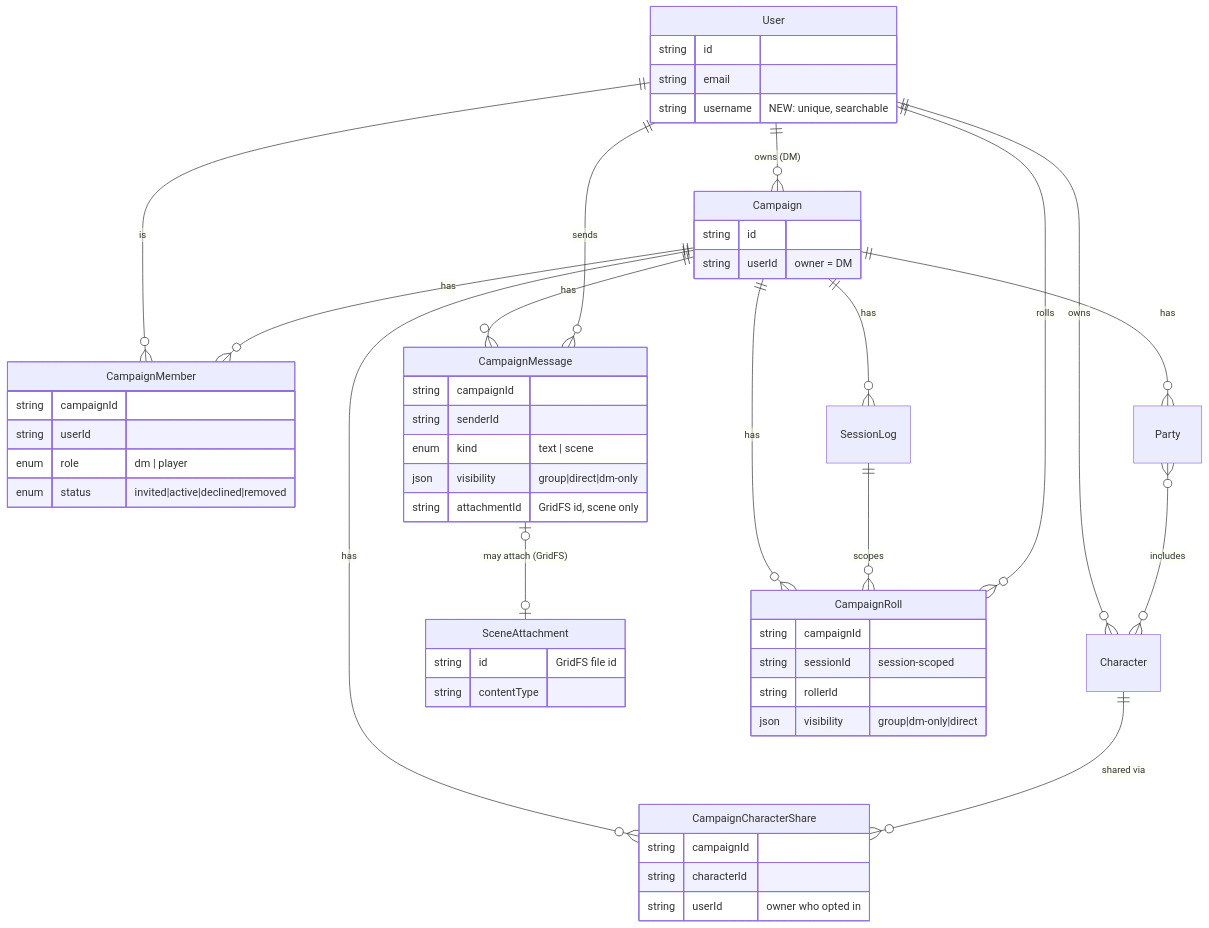
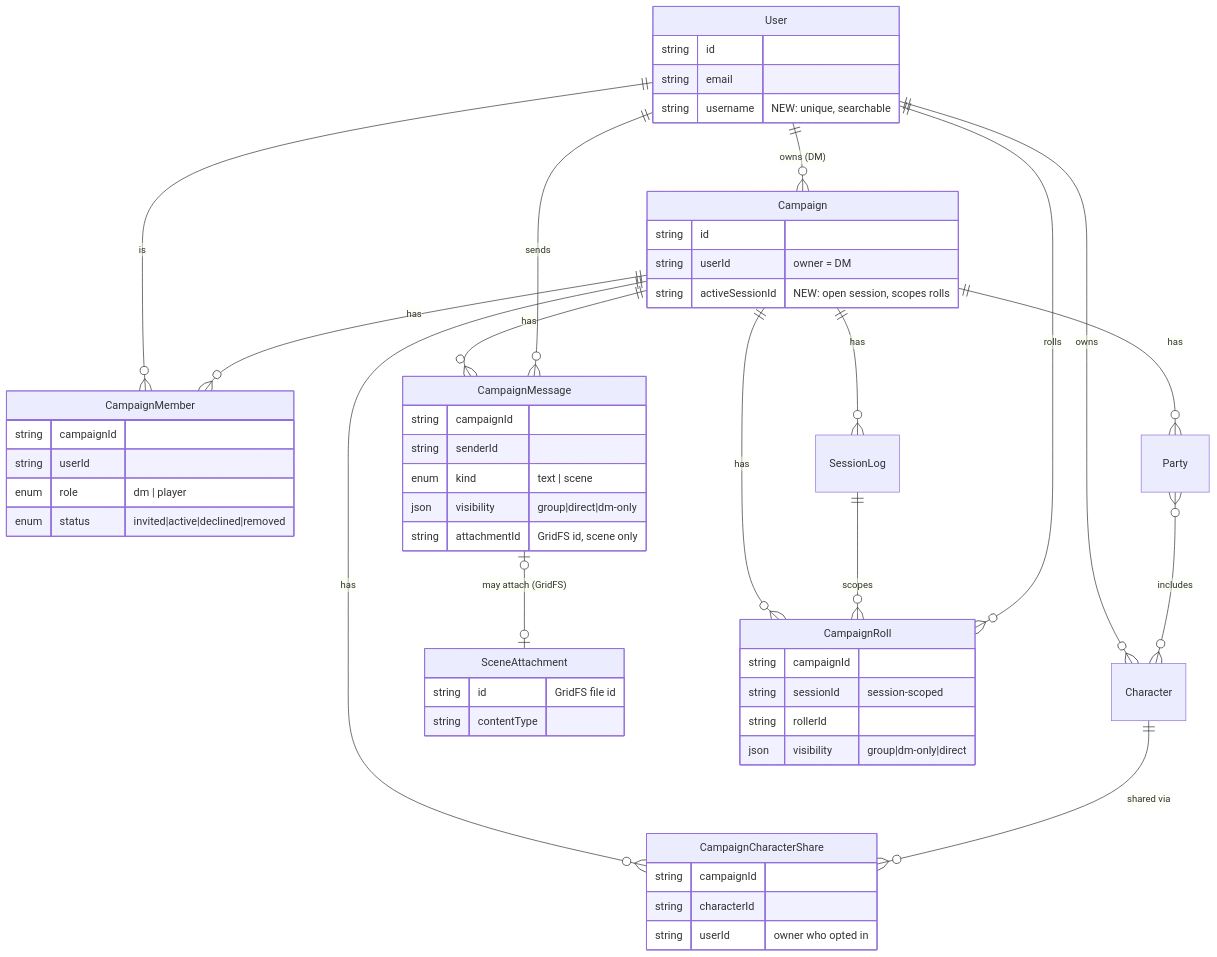
One commit to dougis-org/session-combat changed the second of 4 diagrams in docs/multi-user-campaigns/README.md. Above: the diagram before and after it, drawn with Mermaid. The commit also changed other lines of this file and 7 other files, not shown here.

First line of the commit message:
docs: add build-order gantt, issue links, and review refinements

````diff
--- a/docs/multi-user-campaigns/README.md
+++ b/docs/multi-user-campaigns/README.md
@@ -99,56 +100,57 @@
 ```mermaid
 erDiagram
     User ||--o{ Campaign : "owns (DM)"
     User ||--o{ Character : owns
     User ||--o{ CampaignMember : "is"
     Campaign ||--o{ CampaignMember : has
     Campaign ||--o{ Party : has
     Campaign ||--o{ SessionLog : has
     Campaign ||--o{ CampaignCharacterShare : has
     Character ||--o{ CampaignCharacterShare : "shared via"
     Party }o--o{ Character : includes
     Campaign ||--o{ CampaignMessage : has
     User ||--o{ CampaignMessage : sends
     CampaignMessage |o--o| SceneAttachment : "may attach (GridFS)"
     Campaign ||--o{ CampaignRoll : has
     SessionLog ||--o{ CampaignRoll : scopes
     User ||--o{ CampaignRoll : rolls
 
     User {
         string id
         string email
         string username "NEW: unique, searchable"
     }
     Campaign {
         string id
         string userId "owner = DM"
+        string activeSessionId "NEW: open session, scopes rolls"
     }
     CampaignMember {
         string campaignId
         string userId
         enum role "dm | player"
         enum status "invited|active|declined|removed"
     }
     CampaignCharacterShare {
         string campaignId
         string characterId
         string userId "owner who opted in"
     }
     CampaignMessage {
         string campaignId
         string senderId
         enum kind "text | scene"
         json visibility "group|direct|dm-only"
         string attachmentId "GridFS id, scene only"
     }
     CampaignRoll {
         string campaignId
         string sessionId "session-scoped"
         string rollerId
         json visibility "group|dm-only|direct"
     }
     SceneAttachment {
         string id "GridFS file id"
         string contentType
     }
 ```
````
